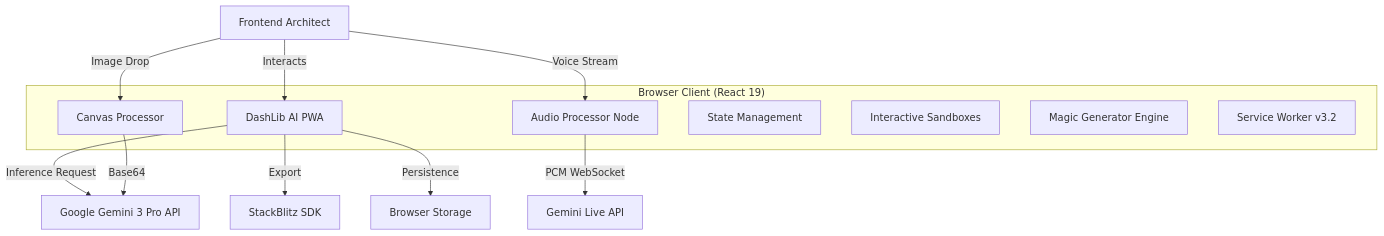
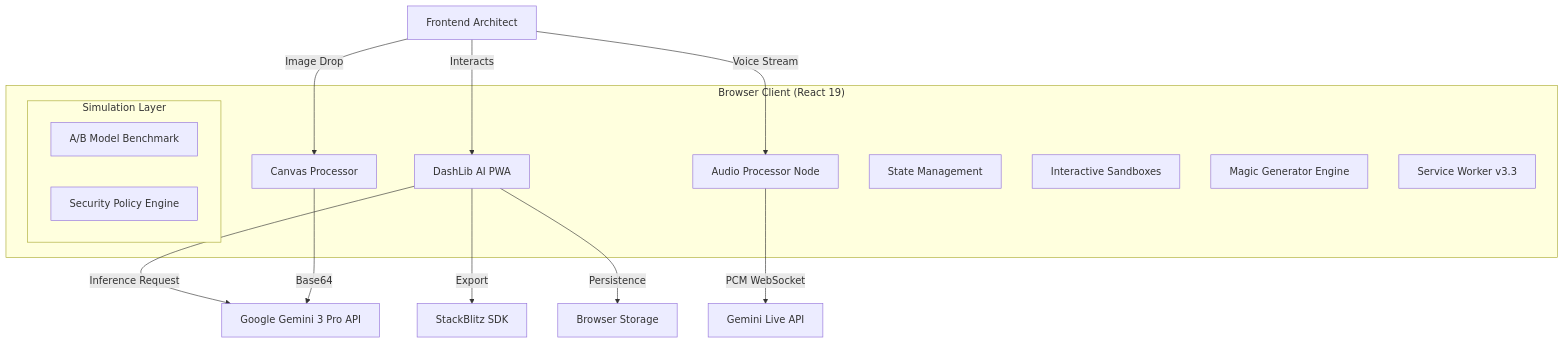
One commit to Krosebrook/DashLib-AI changed the diagram in ARCHITECTURE.md. Above: the diagram before and after it, drawn with Mermaid. The commit also changed other lines of this file and 7 other files, not shown here.

````diff
--- a/ARCHITECTURE.md
+++ b/ARCHITECTURE.md
@@ -10,23 +10,28 @@
 ```mermaid
 graph TD
     User[Frontend Architect] -->|Interacts| UI[DashLib AI PWA]
     User -->|Voice Stream| AudioProc[Audio Processor Node]
     User -->|Image Drop| VisionProc[Canvas Processor]
     
     UI -->|Inference Request| Gemini[Google Gemini 3 Pro API]
     AudioProc -->|PCM WebSocket| GeminiLive[Gemini Live API]
     VisionProc -->|Base64| Gemini
     
     UI -->|Export| StackBlitz[StackBlitz SDK]
     UI -->|Persistence| LocalStorage[Browser Storage]
     
     subgraph "Browser Client (React 19)"
         UI
         AudioProc
         VisionProc
         State[State Management]
         Sandboxes[Interactive Sandboxes]
         Generator[Magic Generator Engine]
-        SW[Service Worker v3.2]
+        SW[Service Worker v3.3]
+        
+        subgraph "Simulation Layer"
+          A/B[A/B Model Benchmark]
+          SecEngine[Security Policy Engine]
+        end
     end
 ```
````
